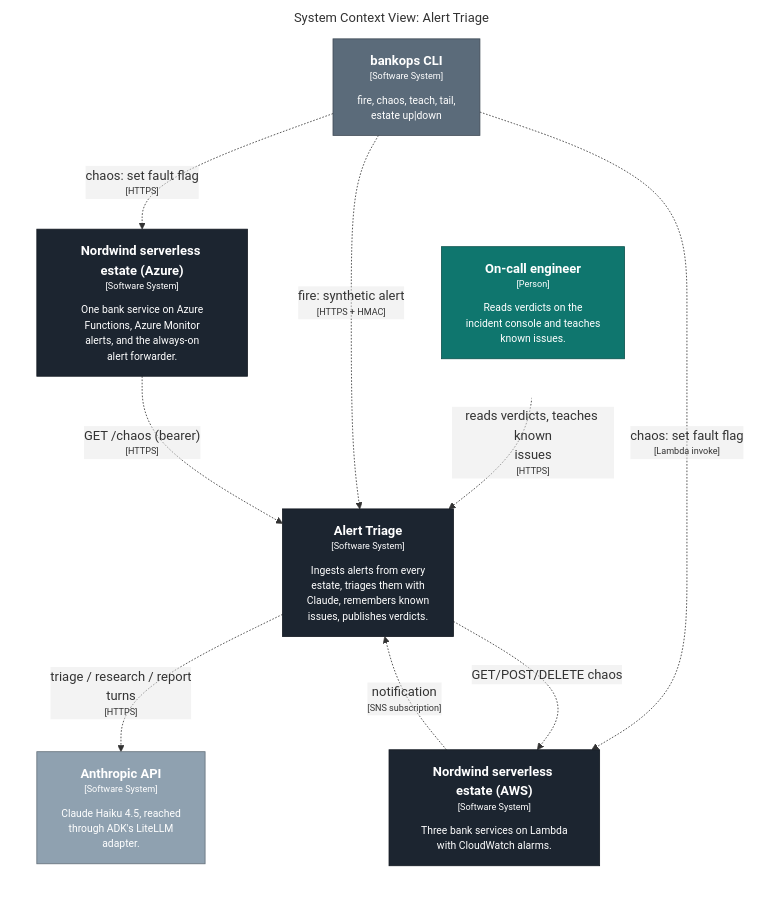
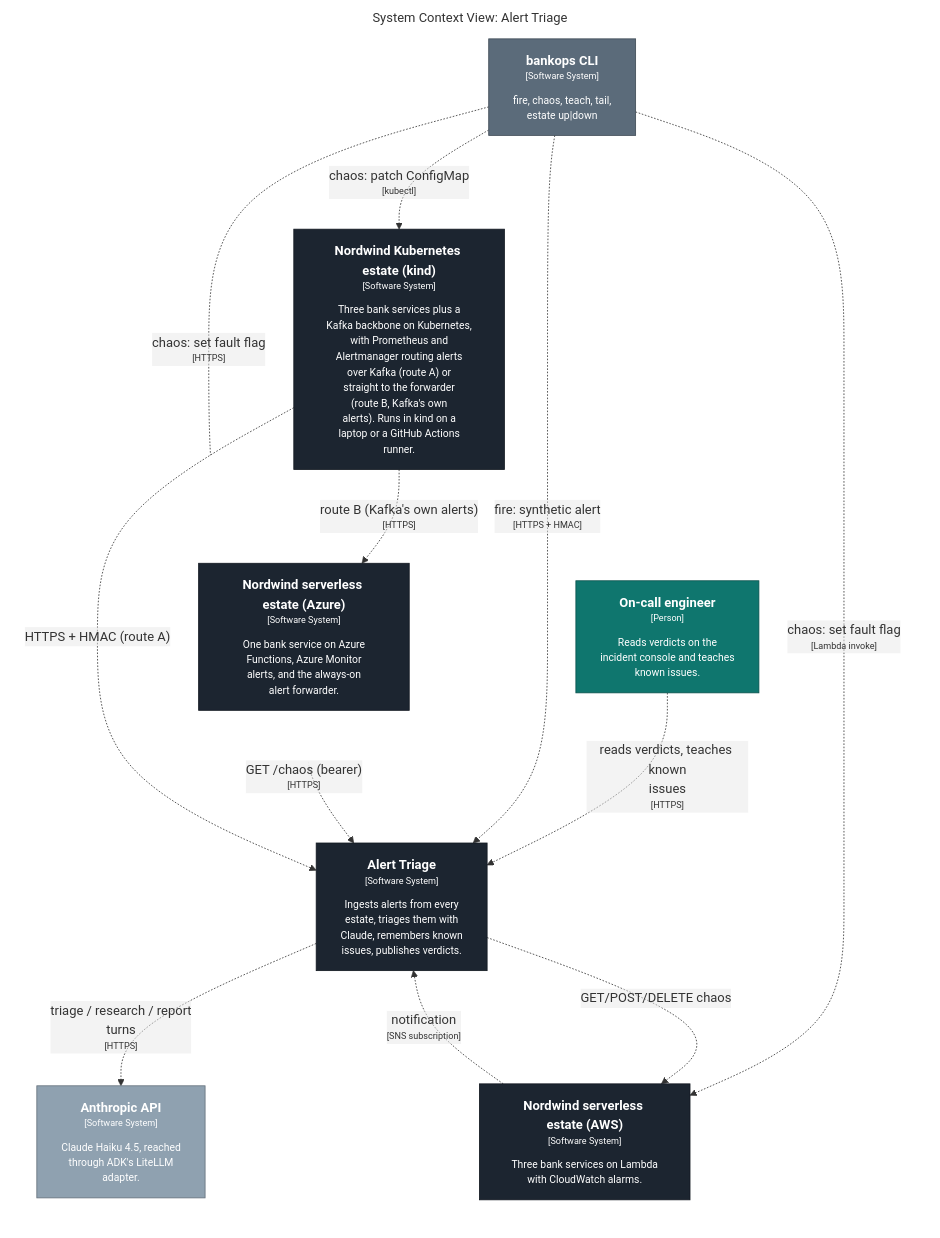
Before and after one commit to KucherenkoSerhiy/oncall-triage: the diagram in docs/c4/generated/structurizr-context.mmd, drawn with Mermaid. The commit also changed 44 other files, not shown here.

First line of the commit message:
feat(kafka): M7b route A - alerts-bridge + kafka-relay, Alertmanager routing (A by default, B for Kafka's own alerts), Kafka alert rules, fraud-lag and broker-down scenarios, ADR 0015, C4 for the Kubernetes estate

```diff
--- a/docs/c4/generated/structurizr-context.mmd
+++ b/docs/c4/generated/structurizr-context.mmd
@@ -1,29 +1,34 @@
 graph LR
   linkStyle default fill:#ffffff
 
   subgraph diagram ["System Context View: Alert Triage"]
     style diagram fill:#ffffff,stroke:#ffffff
 
     1["<div style='font-weight: bold'>On-call engineer</div><div style='font-size: 70%; margin-top: 0px'>[Person]</div><div style='font-size: 80%; margin-top:10px'>Reads verdicts on the<br />incident console and teaches<br />known issues.</div>"]
     style 1 fill:#0f766e,stroke:#0a524d,color:#ffffff
     20["<div style='font-weight: bold'>Nordwind serverless estate (AWS)</div><div style='font-size: 70%; margin-top: 0px'>[Software System]</div><div style='font-size: 80%; margin-top:10px'>Three bank services on Lambda<br />with CloudWatch alarms.</div>"]
     style 20 fill:#1c2530,stroke:#131921,color:#ffffff
     27["<div style='font-weight: bold'>Nordwind serverless estate (Azure)</div><div style='font-size: 70%; margin-top: 0px'>[Software System]</div><div style='font-size: 80%; margin-top:10px'>One bank service on Azure<br />Functions, Azure Monitor<br />alerts, and the always-on<br />alert forwarder.</div>"]
     style 27 fill:#1c2530,stroke:#131921,color:#ffffff
     3["<div style='font-weight: bold'>Anthropic API</div><div style='font-size: 70%; margin-top: 0px'>[Software System]</div><div style='font-size: 80%; margin-top:10px'>Claude Haiku 4.5, reached<br />through ADK's LiteLLM<br />adapter.</div>"]
     style 3 fill:#8fa1b0,stroke:#64707b,color:#ffffff
+    32["<div style='font-weight: bold'>Nordwind Kubernetes estate (kind)</div><div style='font-size: 70%; margin-top: 0px'>[Software System]</div><div style='font-size: 80%; margin-top:10px'>Three bank services plus a<br />Kafka backbone on Kubernetes,<br />with Prometheus and<br />Alertmanager routing alerts<br />over Kafka (route A) or<br />straight to the forwarder<br />(route B, Kafka's own<br />alerts). Runs in kind on a<br />laptop or a GitHub Actions<br />runner.</div>"]
+    style 32 fill:#1c2530,stroke:#131921,color:#ffffff
     4["<div style='font-weight: bold'>bankops CLI</div><div style='font-size: 70%; margin-top: 0px'>[Software System]</div><div style='font-size: 80%; margin-top:10px'>fire, chaos, teach, tail,<br />estate up|down</div>"]
     style 4 fill:#5b6b7a,stroke:#3f4a55,color:#ffffff
     5["<div style='font-weight: bold'>Alert Triage</div><div style='font-size: 70%; margin-top: 0px'>[Software System]</div><div style='font-size: 80%; margin-top:10px'>Ingests alerts from every<br />estate, triages them with<br />Claude, remembers known<br />issues, publishes verdicts.</div>"]
     style 5 fill:#1c2530,stroke:#131921,color:#ffffff
 
+    32-. "<div>route B (Kafka's own alerts)</div><div style='font-size: 70%'>[HTTPS]</div>" .->27
+    5-. "<div>triage / research / report<br />turns</div><div style='font-size: 70%'>[HTTPS]</div>" .->3
     1-. "<div>reads verdicts, teaches known<br />issues</div><div style='font-size: 70%'>[HTTPS]</div>" .->5
     4-. "<div>fire: synthetic alert</div><div style='font-size: 70%'>[HTTPS + HMAC]</div>" .->5
     4-. "<div>chaos: set fault flag</div><div style='font-size: 70%'>[Lambda invoke]</div>" .->20
     4-. "<div>chaos: set fault flag</div><div style='font-size: 70%'>[HTTPS]</div>" .->27
+    4-. "<div>chaos: patch ConfigMap</div><div style='font-size: 70%'>[kubectl]</div>" .->32
     20-. "<div>notification</div><div style='font-size: 70%'>[SNS subscription]</div>" .->5
     5-. "<div>GET/POST/DELETE chaos</div><div style='font-size: 70%'></div>" .->20
     27-. "<div>GET /chaos (bearer)</div><div style='font-size: 70%'>[HTTPS]</div>" .->5
-    5-. "<div>triage / research / report<br />turns</div><div style='font-size: 70%'>[HTTPS]</div>" .->3
+    32-. "<div>HTTPS + HMAC (route A)</div><div style='font-size: 70%'></div>" .->5
 
   end
```
